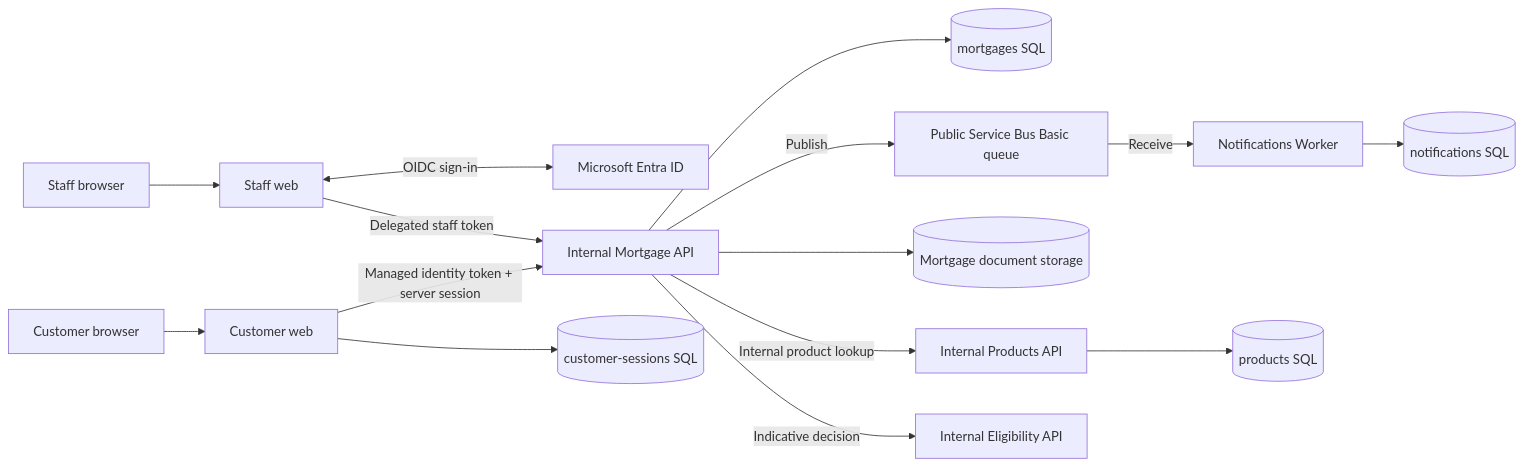
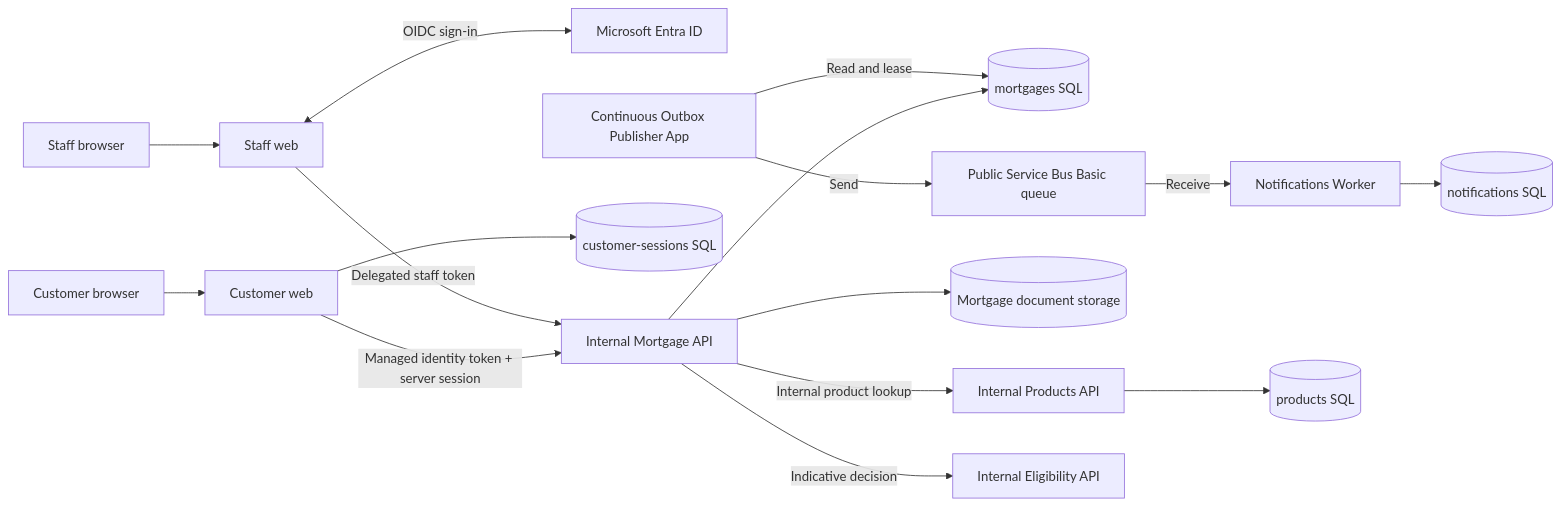
One commit to eyeballpaul/Mortgage-Processing-Application changed the first of 4 diagrams in docs/architecture.md. Above: the diagram before and after it, drawn with Mermaid. The commit also changed other lines of this file and 46 other files, not shown here.

Commit message:
created separate outbox processing app

````diff
--- a/docs/architecture.md
+++ b/docs/architecture.md
@@ -62,17 +62,18 @@
 ```mermaid
 flowchart LR
     Browser[Customer browser] --> Customer[Customer web]
     StaffBrowser[Staff browser] --> Staff[Staff web]
     Staff <-->|OIDC sign-in| Entra[Microsoft Entra ID]
     Customer -->|Managed identity token + server session| API[Internal Mortgage API]
     Staff -->|Delegated staff token| API
     Customer --> Sessions[(customer-sessions SQL)]
     API --> Mortgage[(mortgages SQL)]
-    API -->|Publish| Bus[Public Service Bus Basic queue]
+    Publisher[Continuous Outbox Publisher App] -->|Read and lease| Mortgage[(mortgages SQL)]
+    Publisher -->|Send| Bus[Public Service Bus Basic queue]
     Bus -->|Receive| Worker[Notifications Worker]
     Worker --> Notifications[(notifications SQL)]
     API --> Documents[(Mortgage document storage)]
     API -->|Internal product lookup| Products[Internal Products API]
     API -->|Indicative decision| Eligibility[Internal Eligibility API]
     Products --> ProductDb[(products SQL)]
 ```
````
